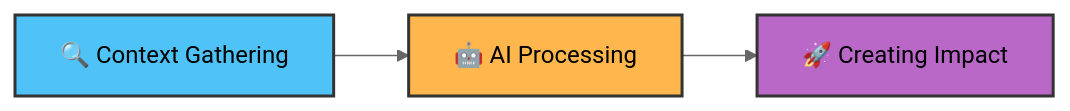
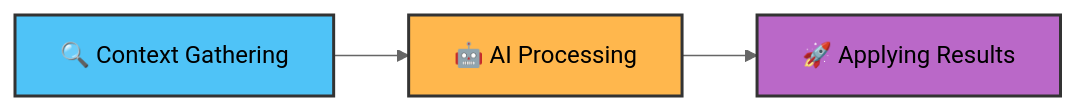
Before and after one commit to dev-pods/ai-in-actions: the diagram in .github/steps/2-step.md, drawn with Mermaid (neutral theme). The commit also changed other lines of this file and 1 other file, not shown here.

````diff
--- a/.github/steps/2-step.md
+++ b/.github/steps/2-step.md
@@ -9,9 +9,9 @@
 ```mermaid
 graph LR
     A[🔍 Context Gathering] --> B[🤖 AI Processing]
-    B --> C[🚀 Creating Impact]
+    B --> C[🚀 Applying Results]
 
     style A fill:#4fc3f7,stroke:#333,stroke-width:2px,color:#000
     style B fill:#ffb74d,stroke:#333,stroke-width:2px,color:#000
     style C fill:#ba68c8,stroke:#333,stroke-width:2px,color:#000
 ```
````
